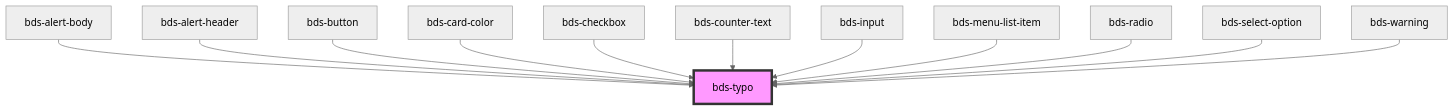
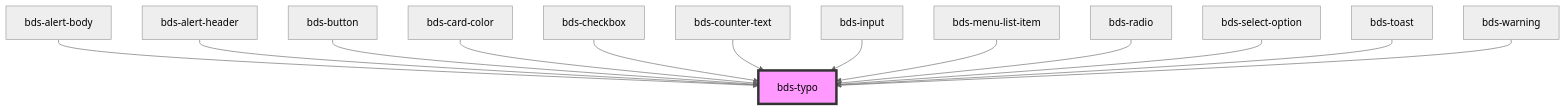
The diagram in src/components/typo/readme.md (takenet/blip-ds), drawn with Mermaid (neutral theme) before and after one commit. The commit also changed other lines of this file and 16 other files, not shown here.

````diff
--- a/src/components/typo/readme.md
+++ b/src/components/typo/readme.md
@@ -38,15 +39,16 @@
 ```mermaid
 graph TD;
   bds-alert-body --> bds-typo
   bds-alert-header --> bds-typo
   bds-button --> bds-typo
   bds-card-color --> bds-typo
   bds-checkbox --> bds-typo
   bds-counter-text --> bds-typo
   bds-input --> bds-typo
   bds-menu-list-item --> bds-typo
   bds-radio --> bds-typo
   bds-select-option --> bds-typo
+  bds-toast --> bds-typo
   bds-warning --> bds-typo
   style bds-typo fill:#f9f,stroke:#333,stroke-width:4px
 ```
````
